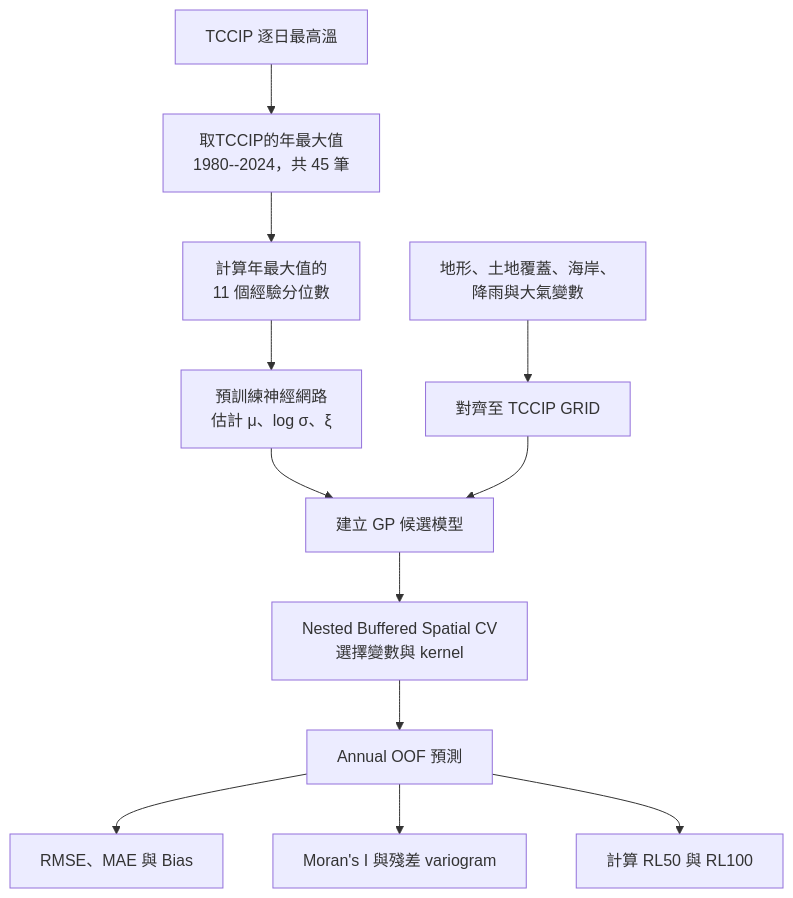
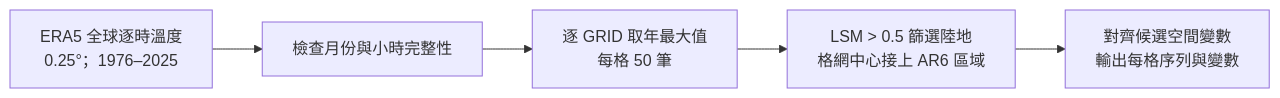
Before and after one commit to shu-ming0808/gev-use-nn: the first of 5 diagrams in README.md, drawn with Mermaid. The commit also changed other lines of this file and 52 other files, not shown here.

````diff
--- a/README.md
+++ b/README.md
@@ -13,17 +91,7 @@
-```mermaid
-flowchart TD
-    A["TCCIP 逐日最高溫"] --> C["取TCCIP的年最大值<br/>1980--2024，共 45 筆"]
-    C --> D["計算年最大值的<br/>11 個經驗分位數"]
-    D --> E["預訓練神經網路<br/>估計 μ、log σ、ξ"]
-
-    F["地形、土地覆蓋、海岸、<br/>降雨與大氣變數"] --> G["對齊至 TCCIP GRID"]
-
-    E --> H["建立 GP 候選模型"]
-    G --> H
-    H --> J["Nested Buffered Spatial CV<br/>選擇變數與 kernel"]
-    J --> K["Annual OOF 預測"]
-
-    K --> L["RMSE、MAE 與 Bias"]
-    K --> M["Moran's I 與殘差 variogram"]
-    K --> N["計算 RL50 與 RL100"]
-```
+~~~mermaid
+flowchart LR
+    A["ERA5 全球逐時溫度<br/>0.25°；1976–2025"] --> B["檢查月份與小時完整性"]
+    B --> C["逐 GRID 取年最大值<br/>每格 50 筆"]
+    C --> D["LSM > 0.5 篩選陸地<br/>格網中心接上 AR6 區域"]
+    D --> E["對齊候選空間變數<br/>輸出每格序列與變數"]
+~~~
````
